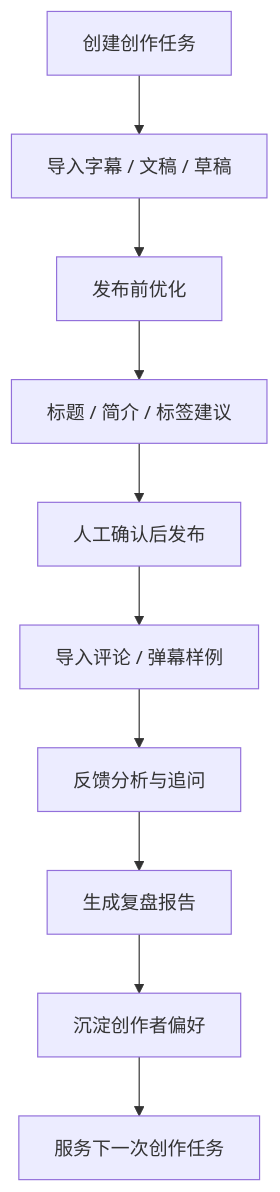
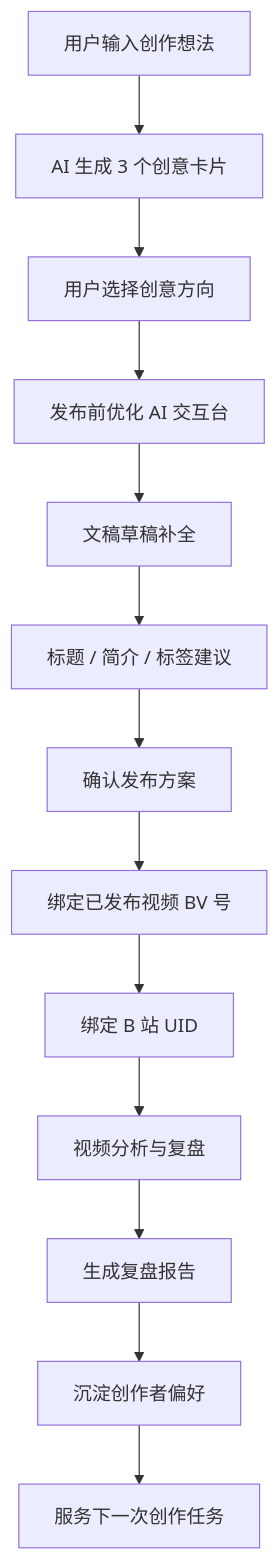
The second of 3 diagrams in README.md (lin-0407/linkAgent), drawn with Mermaid before and after one commit. The commit also changed other lines of this file and 3 other files, not shown here.

````diff
--- a/README.md
+++ b/README.md
@@ -69,12 +69,15 @@
 ```mermaid
 flowchart TD
-    Task[创建创作任务] --> Material[导入字幕 / 文稿 / 草稿]
-    Material --> PrePublish[发布前优化]
-    PrePublish --> Suggestions[标题 / 简介 / 标签建议]
-    Suggestions --> Publish[人工确认后发布]
-    Publish --> Feedback[导入评论 / 弹幕样例]
-    Feedback --> Review[反馈分析与追问]
-    Review --> Report[生成复盘报告]
+    Idea[用户输入创作想法] --> Creative[AI 生成 3 个创意卡片]
+    Creative --> Select[用户选择创意方向]
+    Select --> PrePublish[发布前优化 AI 交互台]
+    PrePublish --> Draft[文稿草稿补全]
+    Draft --> Suggestions[标题 / 简介 / 标签建议]
+    Suggestions --> Confirm[确认发布方案]
+    Confirm --> BindBv[绑定已发布视频 BV 号]
+    BindBv --> BindUid[绑定 B 站 UID]
+    BindUid --> VideoAnalysis[视频分析与复盘]
+    VideoAnalysis --> Report[生成复盘报告]
     Report --> Preference[沉淀创作者偏好]
     Preference --> NextTask[服务下一次创作任务]
 ```
````
